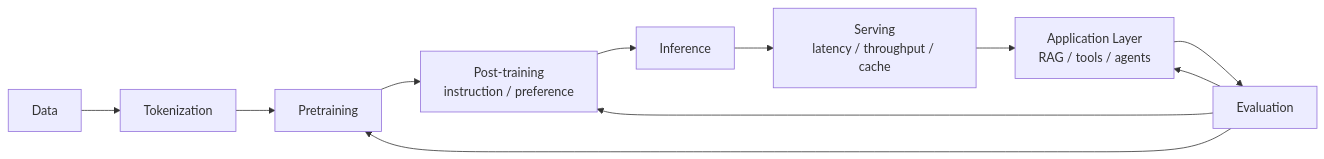
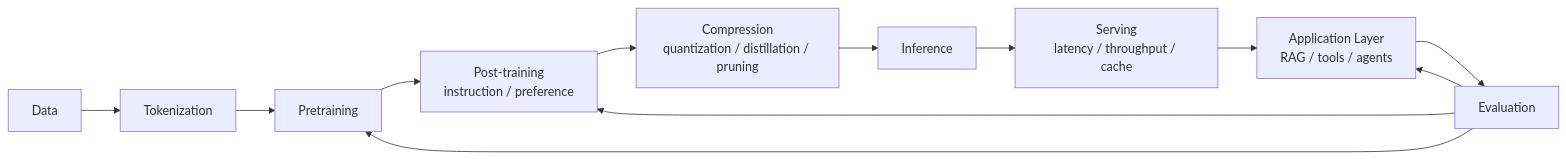
One commit to lattapon-aek/Knowledge changed the first of 2 diagrams in 01 Foundations/LLM Foundations/LLM Foundations - MOC.md. Above: the diagram before and after it, drawn with Mermaid. The commit also changed other lines of this file, not shown here.

Commit message:
fix: LLM Foundations MOC lifecycle diagram เพิ่ม Compression node สะท้อน note 16

````diff
--- a/01 Foundations/LLM Foundations/LLM Foundations - MOC.md
+++ b/01 Foundations/LLM Foundations/LLM Foundations - MOC.md
@@ -36,13 +36,14 @@
 ```mermaid
 flowchart LR
     A["Data"] --> B["Tokenization"]
     B --> C["Pretraining"]
     C --> D["Post-training<br/>instruction / preference"]
-    D --> E["Inference"]
+    D --> CO["Compression<br/>quantization / distillation / pruning"]
+    CO --> E["Inference"]
     E --> F["Serving<br/>latency / throughput / cache"]
     F --> G["Application Layer<br/>RAG / tools / agents"]
     G --> H["Evaluation"]
     H --> C
     H --> D
     H --> G
 ```
````
